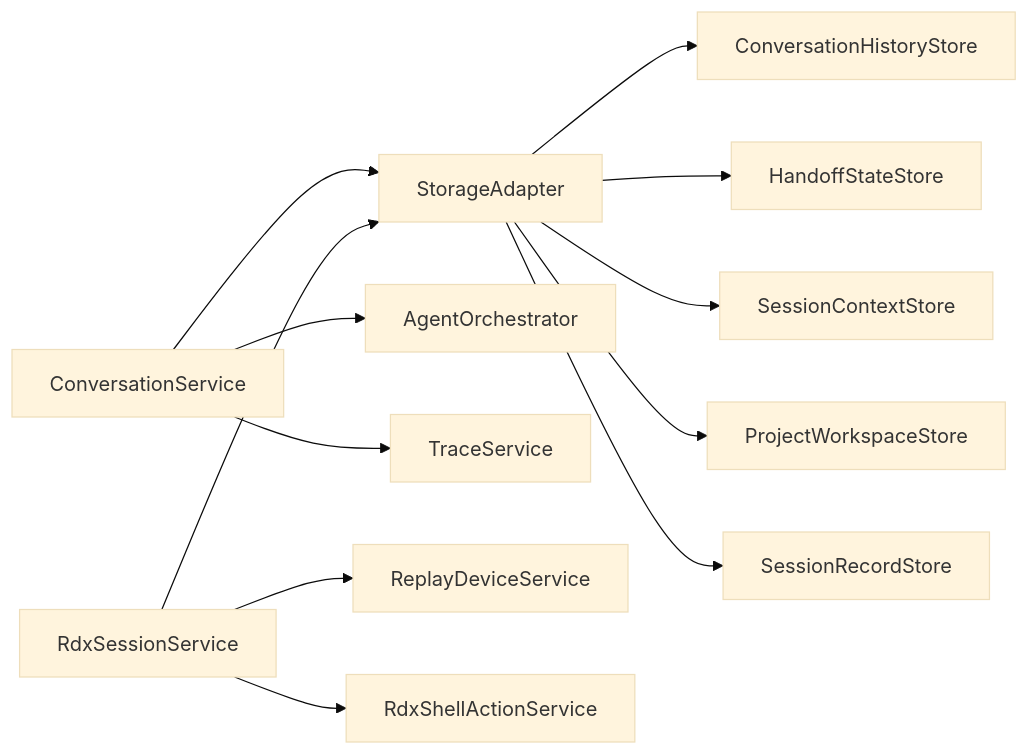
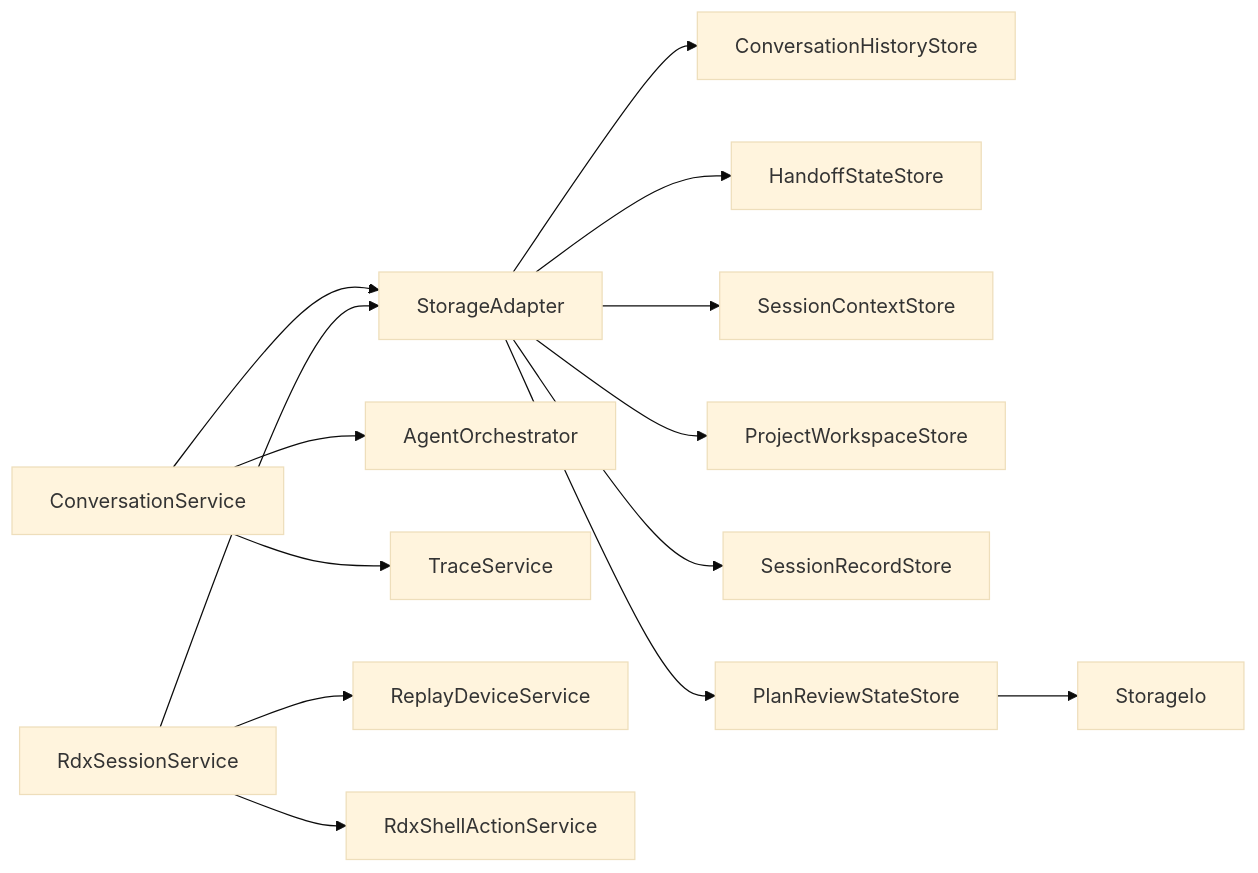
The seventh of 7 diagrams in .qoder/repowiki/zh/content/核心模块/会话管理系统/会话管理系统.md (haolange/RDC-Agent), drawn with Mermaid (base theme) before and after one commit. The commit also changed other lines of this file and 208 other files, not shown here.

````diff
--- a/.qoder/repowiki/zh/content/核心模块/会话管理系统/会话管理系统.md
+++ b/.qoder/repowiki/zh/content/核心模块/会话管理系统/会话管理系统.md
@@ -264,14 +327,16 @@
 ```mermaid
 graph LR
 CS["ConversationService"] --> SA["StorageAdapter"]
 CS --> AO["AgentOrchestrator"]
 CS --> TS["TraceService"]
 RS["RdxSessionService"] --> SA
 RS --> RDS["ReplayDeviceService"]
 RS --> RSA["RdxShellActionService"]
 SA --> CHS["ConversationHistoryStore"]
 SA --> HS["HandoffStateStore"]
 SA --> SCJ["SessionContextStore"]
 SA --> PWS["ProjectWorkspaceStore"]
 SA --> SRS["SessionRecordStore"]
+SA --> PRS["PlanReviewStateStore"]
+PRS --> SIO["StorageIo"]
 ```
````
